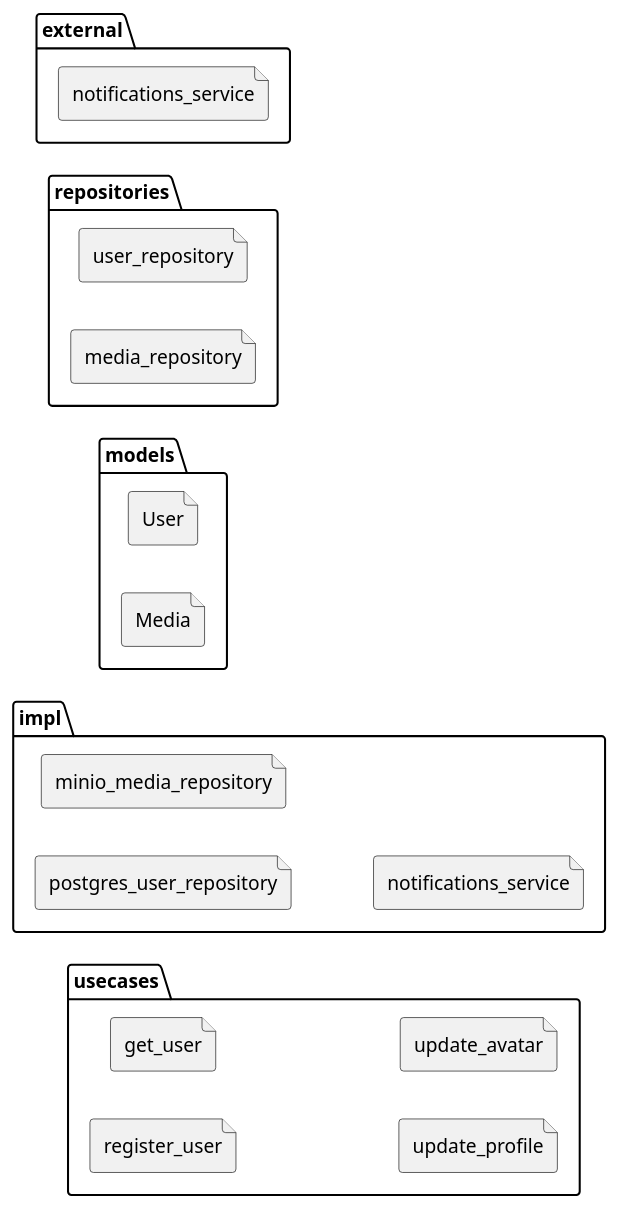
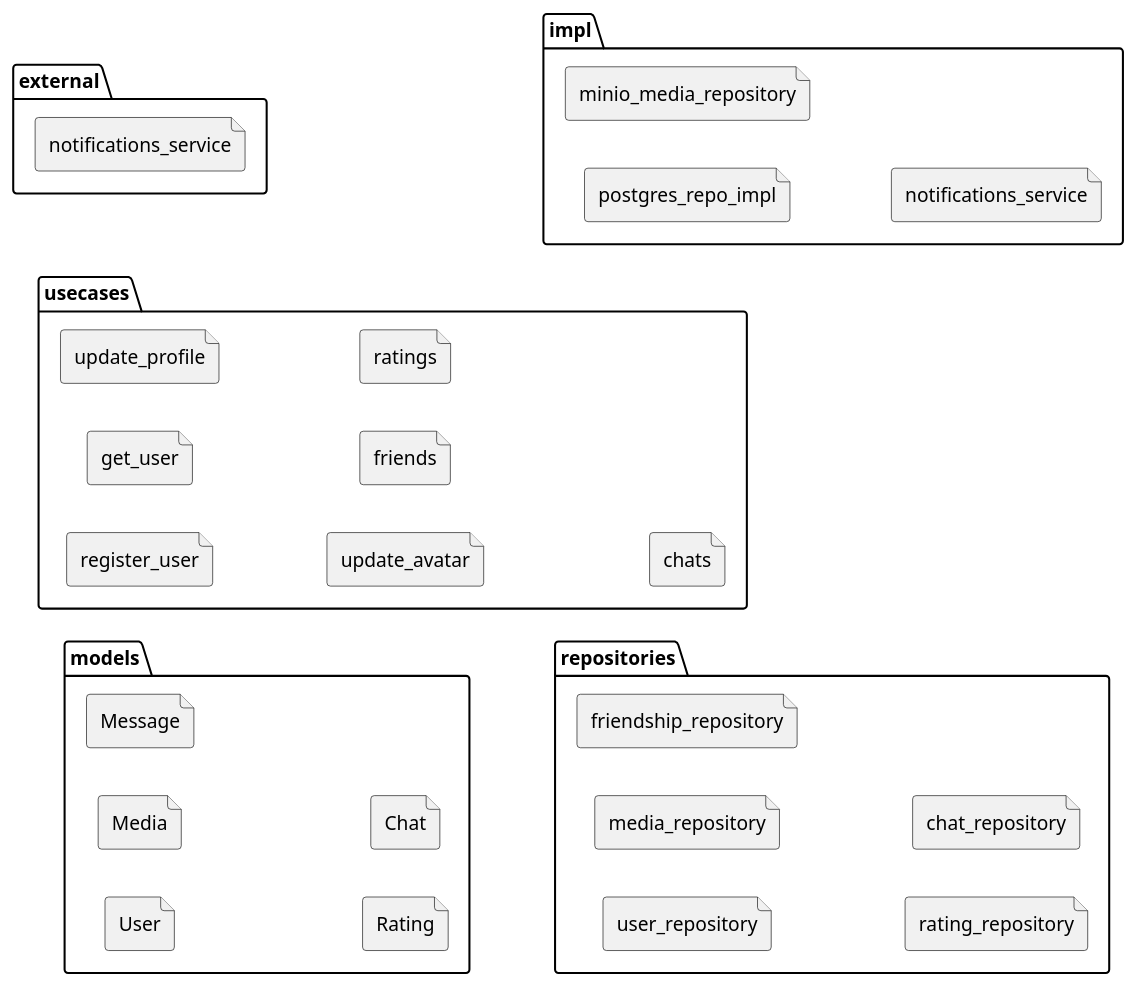
Before and after one commit to kluchi/diagrams: the diagram in packages.puml, drawn with PlantUML.

Commit message:
add new files to packages

```diff
--- a/packages.puml
+++ b/packages.puml
@@ -1,32 +1,41 @@
 @startuml packages
 
 left to right direction
 
 folder models {
     file User
     file Media
+    file Message
+    file Rating
+    file Chat
 }
 
 folder usecases {
     file register_user
     file get_user
     file update_profile
     file update_avatar
+    file friends
+    file ratings
+    file chats
 }
 
 folder repositories {
     file user_repository
     file media_repository
+    file friendship_repository
+    file rating_repository
+    file chat_repository
 }
 
 folder external {
     file notifications_service
 }
 
 folder impl {
-    file postgres_user_repository
+    file postgres_repo_impl
     file minio_media_repository
     file "notifications_service" as NotificationsServiceImpl
 }
 
 @enduml
```
